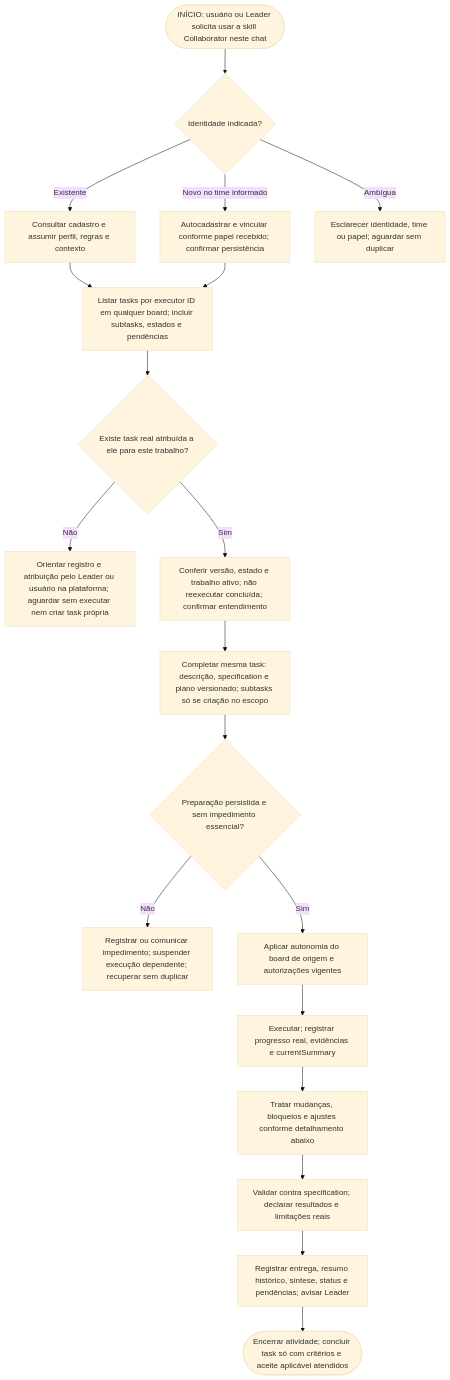
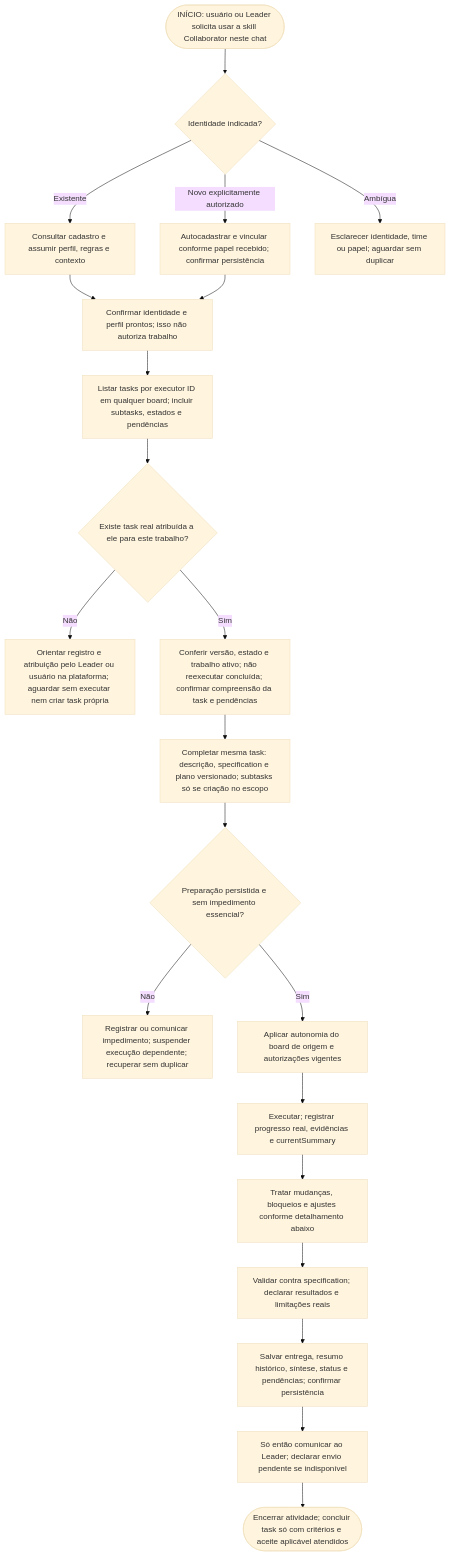
The first of 2 diagrams in docs/collaborator-workflow.md (runvibe/beeteam), drawn with Mermaid (base theme) before and after one commit. The commit also changed other lines of this file and 1 other file, not shown here.

Commit message:
docs: align leader collaborator handoff and return workflows

````diff
--- a/docs/collaborator-workflow.md
+++ b/docs/collaborator-workflow.md
@@ -9,21 +9,23 @@
 ```mermaid
 flowchart TD
     INICIO(["INÍCIO: usuário ou Leader solicita usar a skill Collaborator neste chat"]) --> IDENTIDADE{"Identidade indicada?"}
     IDENTIDADE -->|Existente| EXISTENTE["Consultar cadastro e assumir perfil, regras e contexto"]
-    IDENTIDADE -->|Novo no time informado| NOVO["Autocadastrar e vincular conforme papel recebido; confirmar persistência"]
+    IDENTIDADE -->|Novo explicitamente autorizado| NOVO["Autocadastrar e vincular conforme papel recebido; confirmar persistência"]
     IDENTIDADE -->|Ambígua| ESCLARECER["Esclarecer identidade, time ou papel; aguardar sem duplicar"]
-    EXISTENTE --> LISTAR["Listar tasks por executor ID em qualquer board; incluir subtasks, estados e pendências"]
-    NOVO --> LISTAR
+    EXISTENTE --> PERFIL["Confirmar identidade e perfil prontos; isso não autoriza trabalho"]
+    NOVO --> PERFIL
+    PERFIL --> LISTAR["Listar tasks por executor ID em qualquer board; incluir subtasks, estados e pendências"]
     LISTAR --> ATRIBUIDA{"Existe task real atribuída a ele para este trabalho?"}
     ATRIBUIDA -->|Não| AGUARDAR["Orientar registro e atribuição pelo Leader ou usuário na plataforma; aguardar sem executar nem criar task própria"]
-    ATRIBUIDA -->|Sim| CONFERIR["Conferir versão, estado e trabalho ativo; não reexecutar concluída; confirmar entendimento"]
+    ATRIBUIDA -->|Sim| CONFERIR["Conferir versão, estado e trabalho ativo; não reexecutar concluída; confirmar compreensão da task e pendências"]
     CONFERIR --> PREPARAR["Completar mesma task: descrição, specification e plano versionado; subtasks só se criação no escopo"]
     PREPARAR --> SALVO{"Preparação persistida e sem impedimento essencial?"}
     SALVO -->|Não| PENDENTE["Registrar ou comunicar impedimento; suspender execução dependente; recuperar sem duplicar"]
     SALVO -->|Sim| AUTONOMIA["Aplicar autonomia do board de origem e autorizações vigentes"]
     AUTONOMIA --> EXECUTAR["Executar; registrar progresso real, evidências e currentSummary"]
     EXECUTAR --> CICLOS["Tratar mudanças, bloqueios e ajustes conforme detalhamento abaixo"]
     CICLOS --> VALIDAR["Validar contra specification; declarar resultados e limitações reais"]
-    VALIDAR --> ENTREGAR["Registrar entrega, resumo histórico, síntese, status e pendências; avisar Leader"]
-    ENTREGAR --> ENCERRAR(["Encerrar atividade; concluir task só com critérios e aceite aplicável atendidos"])
+    VALIDAR --> ENTREGAR["Salvar entrega, resumo histórico, síntese, status e pendências; confirmar persistência"]
+    ENTREGAR --> COMUNICAR["Só então comunicar ao Leader; declarar envio pendente se indisponível"]
+    COMUNICAR --> ENCERRAR(["Encerrar atividade; concluir task só com critérios e aceite aplicável atendidos"])
 ```
````
